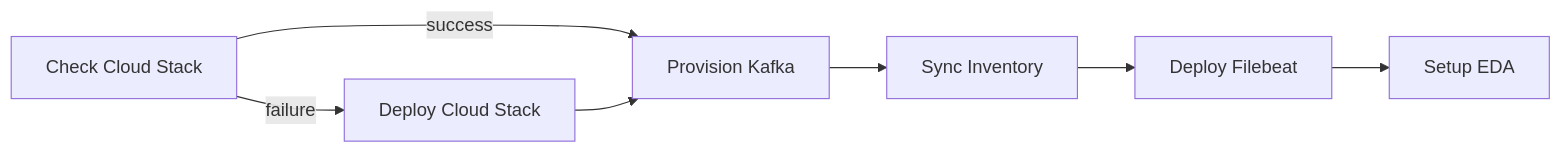
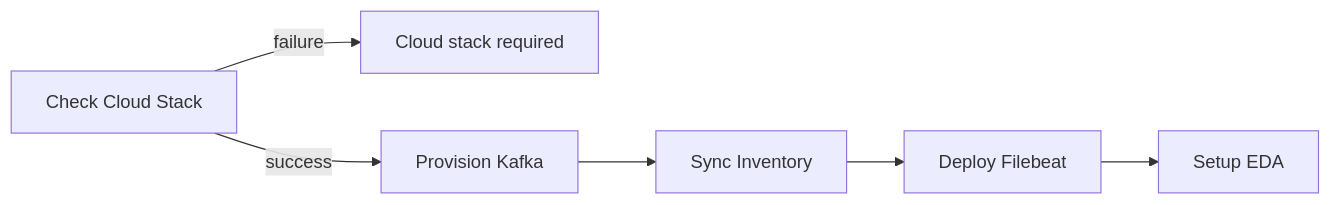
Before and after one commit to ansible/product-demos: the diagram in infrastructure/docs/config-drift.md, drawn with Mermaid. The commit also changed other lines of this file and 1 other file, not shown here.

Commit message:
Fix infrastructure setup failure from Config Drift workflow (#348)

````diff
--- a/infrastructure/docs/config-drift.md
+++ b/infrastructure/docs/config-drift.md
@@ -78,14 +78,13 @@
 ```mermaid
 flowchart LR
   check[Check Cloud Stack]
-  deploy[Deploy Cloud Stack]
+  feedback[Cloud stack required]
   kafka[Provision Kafka]
   sync[Sync Inventory]
   filebeat[Deploy Filebeat]
   eda[Setup EDA]
 
   check -->|success| kafka
-  check -->|failure| deploy
-  deploy --> kafka
+  check -->|failure| feedback
   kafka --> sync --> filebeat --> eda
 ```
````
